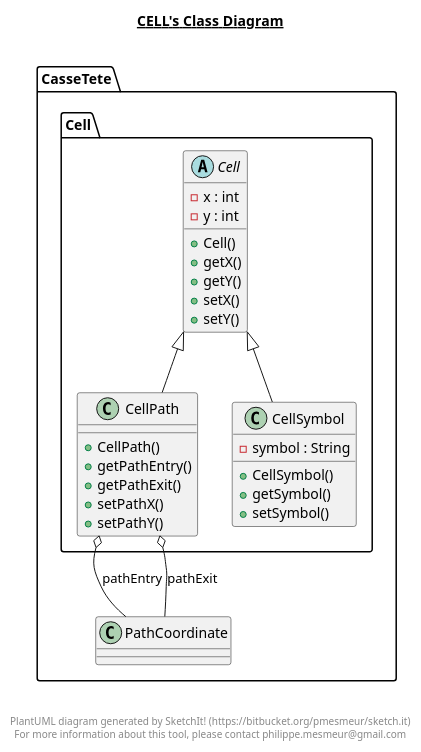
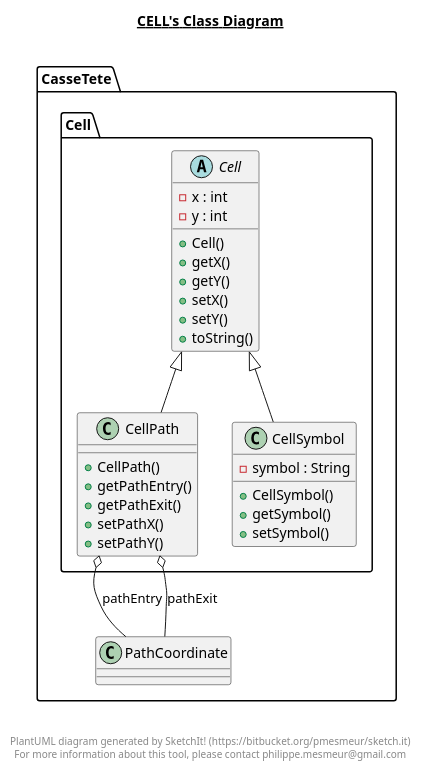
Before and after one commit to Mex21/CasseTete: the diagram in src/CasseTete/Cell/Cell.plantuml, drawn with PlantUML. The commit also changed 3 other files, not shown here.

```diff
--- a/src/CasseTete/Cell/Cell.plantuml
+++ b/src/CasseTete/Cell/Cell.plantuml
@@ -1,58 +1,59 @@
 @startuml
 
 title __CELL's Class Diagram__\n
 
   namespace CasseTete {
     namespace Cell {
       abstract class CasseTete.Cell.Cell {
           - x : int
           - y : int
           + Cell()
           + getX()
           + getY()
           + setX()
           + setY()
+          + toString()
       }
     }
   }
   
 
   namespace CasseTete {
     namespace Cell {
       class CasseTete.Cell.CellPath {
           + CellPath()
           + getPathEntry()
           + getPathExit()
           + setPathX()
           + setPathY()
       }
     }
   }
   
 
   namespace CasseTete {
     namespace Cell {
       class CasseTete.Cell.CellSymbol {
           - symbol : String
           + CellSymbol()
           + getSymbol()
           + setSymbol()
       }
     }
   }
   
 
   CasseTete.Cell.CellPath -up-|> CasseTete.Cell.Cell
   CasseTete.Cell.CellPath o-- CasseTete.PathCoordinate : pathEntry
   CasseTete.Cell.CellPath o-- CasseTete.PathCoordinate : pathExit
   CasseTete.Cell.CellSymbol -up-|> CasseTete.Cell.Cell
 
 
 right footer
 
 
 PlantUML diagram generated by SketchIt! (https://bitbucket.org/pmesmeur/sketch.it)
 For more information about this tool, please contact philippe.mesmeur@gmail.com
 endfooter
 
 @enduml
```
